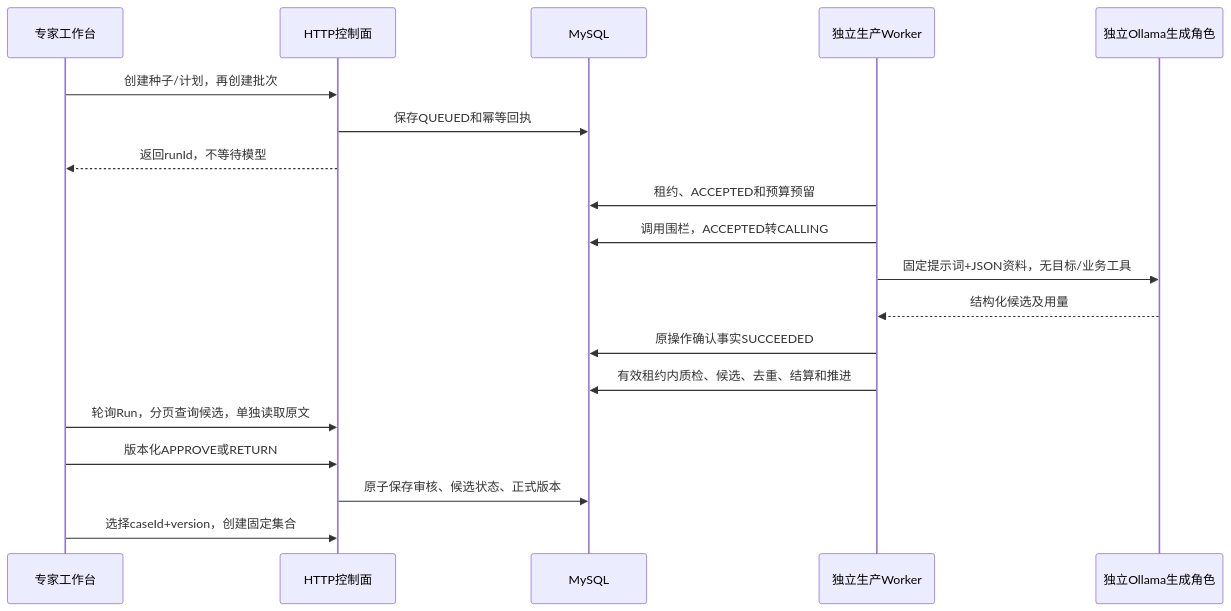
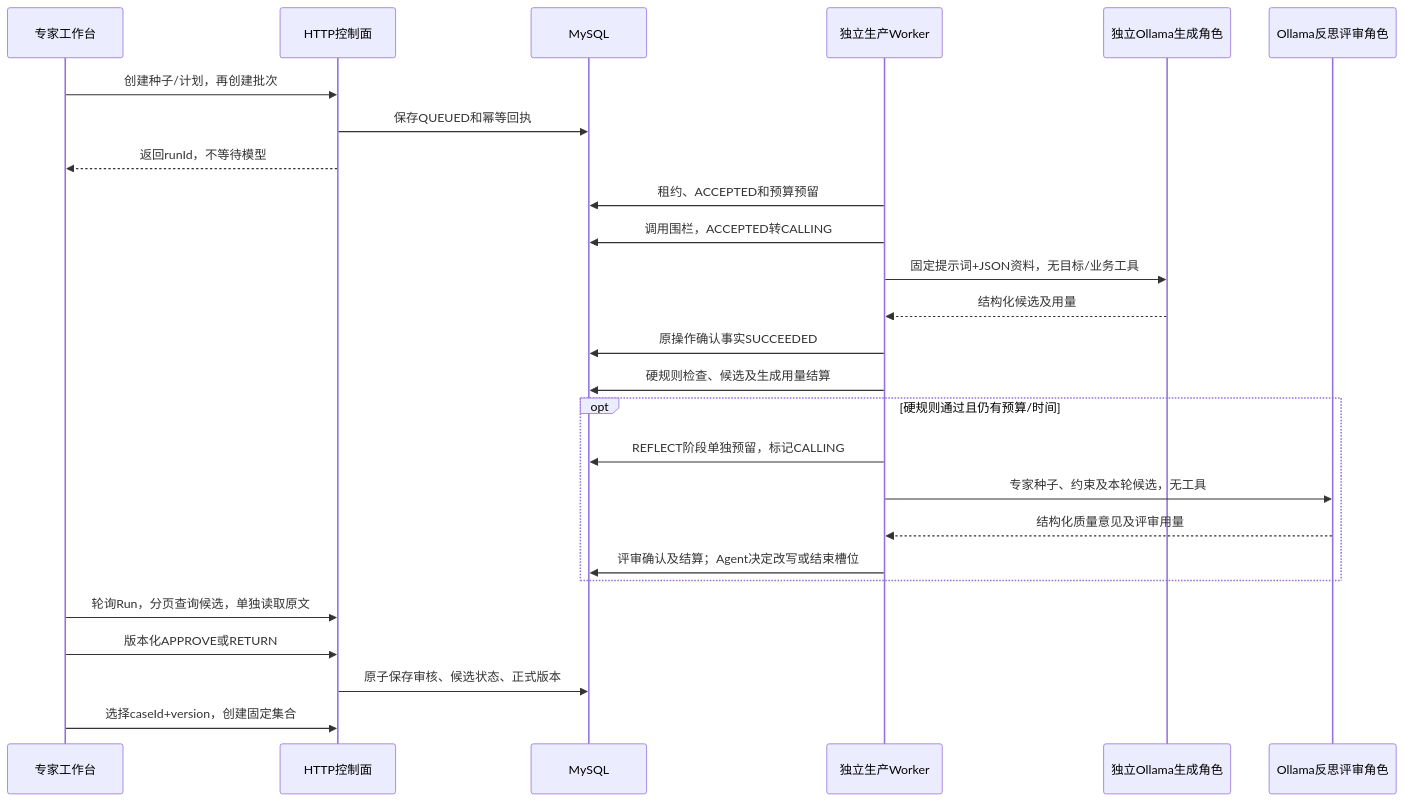
The second of 2 diagrams in eval-agent/doc/D05-独立样本工厂与定时生产接入说明.md (k960128/aigc-evaluate), drawn with Mermaid before and after one commit. The commit also changed other lines of this file and 21 other files, not shown here.

````diff
--- a/eval-agent/doc/D05-独立样本工厂与定时生产接入说明.md
+++ b/eval-agent/doc/D05-独立样本工厂与定时生产接入说明.md
@@ -59,21 +67,28 @@
 ```mermaid
 sequenceDiagram
     participant UI as 专家工作台
     participant API as HTTP控制面
     participant DB as MySQL
     participant W as 独立生产Worker
     participant G as 独立Ollama生成角色
+    participant C as Ollama反思评审角色
     UI->>API: 创建种子/计划，再创建批次
     API->>DB: 保存QUEUED和幂等回执
     API-->>UI: 返回runId，不等待模型
     W->>DB: 租约、ACCEPTED和预算预留
     W->>DB: 调用围栏，ACCEPTED转CALLING
     W->>G: 固定提示词+JSON资料，无目标/业务工具
     G-->>W: 结构化候选及用量
     W->>DB: 原操作确认事实SUCCEEDED
-    W->>DB: 有效租约内质检、候选、去重、结算和推进
+    W->>DB: 硬规则检查、候选及生成用量结算
+    opt 硬规则通过且仍有预算/时间
+        W->>DB: REFLECT阶段单独预留，标记CALLING
+        W->>C: 专家种子、约束及本轮候选，无工具
+        C-->>W: 结构化质量意见及评审用量
+        W->>DB: 评审确认及结算；Agent决定改写或结束槽位
+    end
     UI->>API: 轮询Run，分页查询候选，单独读取原文
     UI->>API: 版本化APPROVE或RETURN
     API->>DB: 原子保存审核、候选状态、正式版本
     UI->>API: 选择caseId+version，创建固定集合
 ```
````
